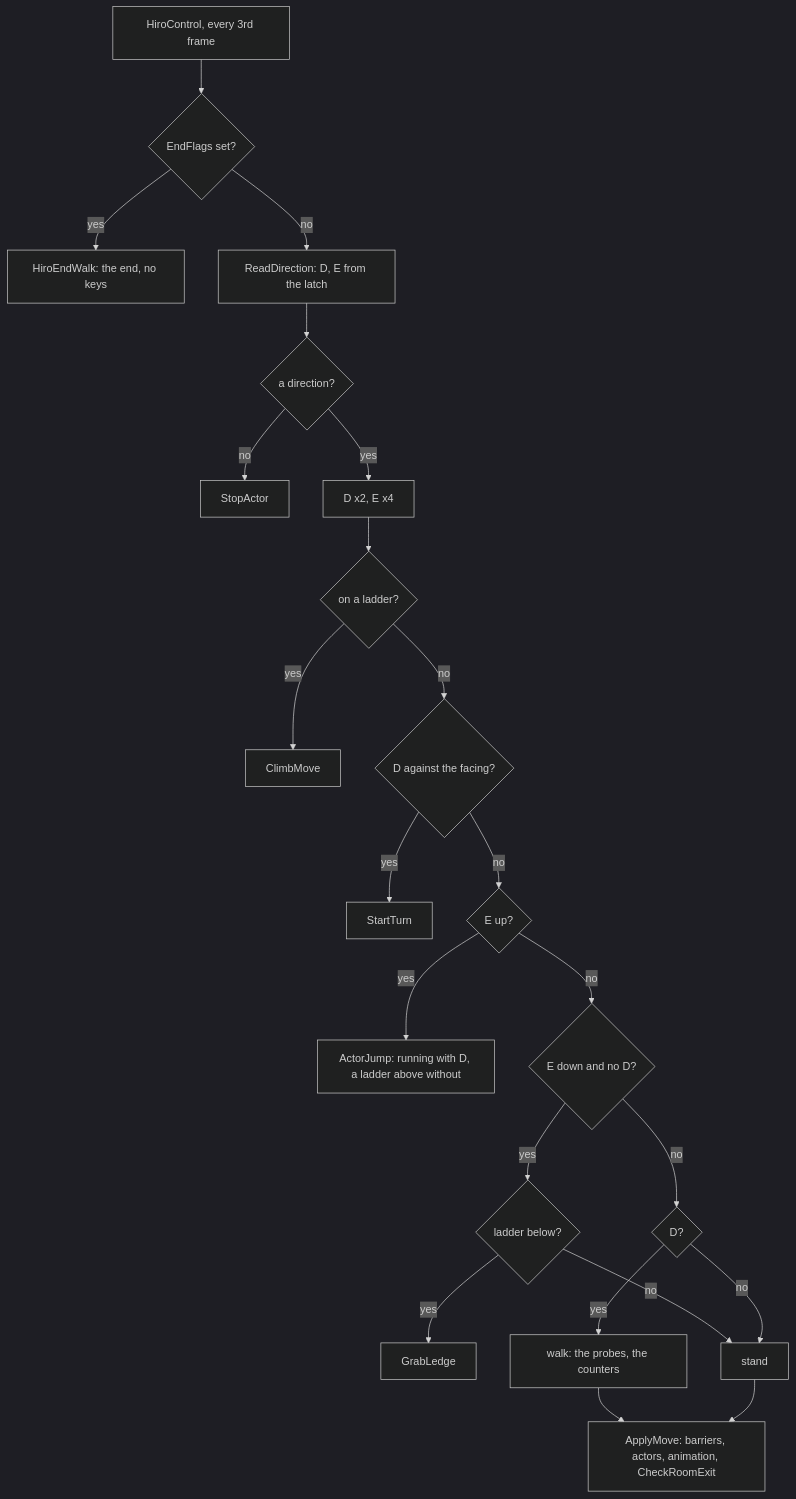
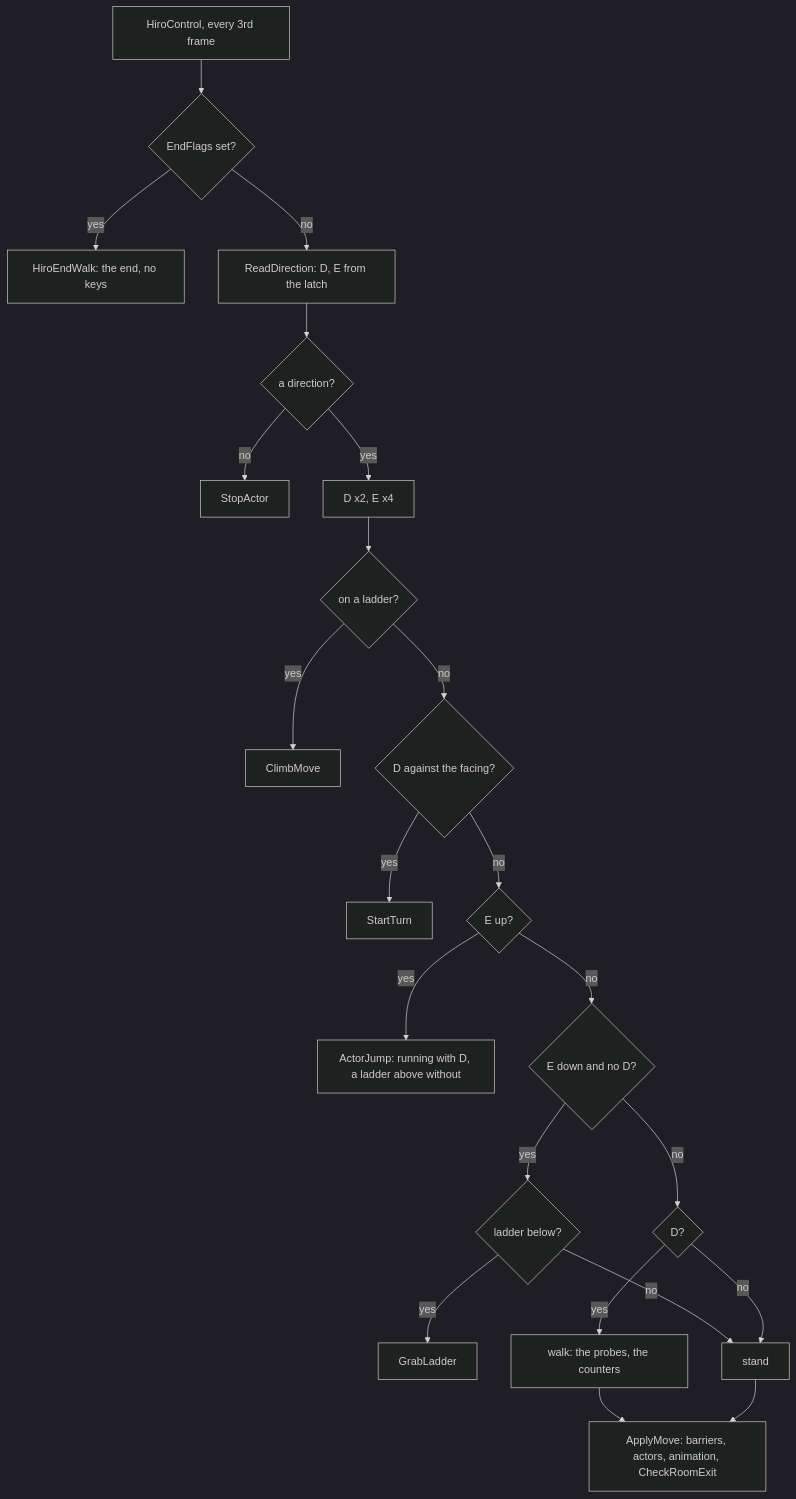
Before and after one commit to alfishe/unrealng-reverse-cases: the fifth of 9 diagrams in games/switchblade/docs/05-controls.md, drawn with Mermaid (dark theme). The commit also changed other lines of this file and 95 other files, not shown here.

````diff
--- a/games/switchblade/docs/05-controls.md
+++ b/games/switchblade/docs/05-controls.md
@@ -615,24 +615,24 @@
 ```mermaid
 flowchart TD
     A[HiroControl, every 3rd frame] --> B{EndFlags set?}
     B -- yes --> W[HiroEndWalk: the end, no keys]
     B -- no --> C[ReadDirection: D, E from the latch]
     C --> D{a direction?}
     D -- no --> S[StopActor]
     D -- yes --> E["D x2, E x4"]
     E --> F{on a ladder?}
     F -- yes --> L[ClimbMove]
     F -- no --> G{D against the facing?}
     G -- yes --> T[StartTurn]
     G -- no --> H{E up?}
     H -- yes --> J[ActorJump: running with D, a ladder above without]
     H -- no --> I{E down and no D?}
     I -- yes --> K{ladder below?}
-    K -- yes --> GL[GrabLedge]
+    K -- yes --> GL[GrabLadder]
     K -- no --> ST[stand]
     I -- no --> M{D?}
     M -- yes --> WK[walk: the probes, the counters]
     M -- no --> ST
     WK --> AP[ApplyMove: barriers, actors, animation, CheckRoomExit]
     ST --> AP
 ```
````
